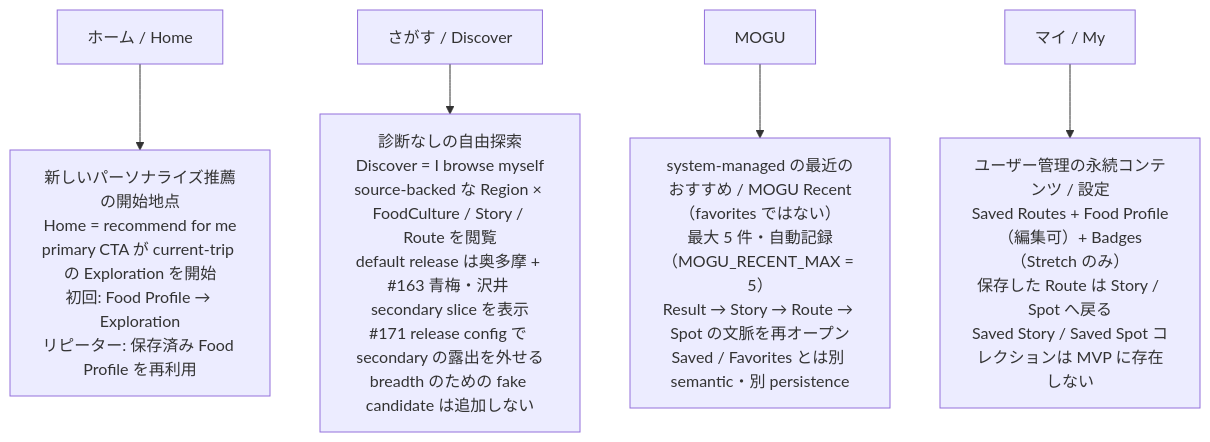
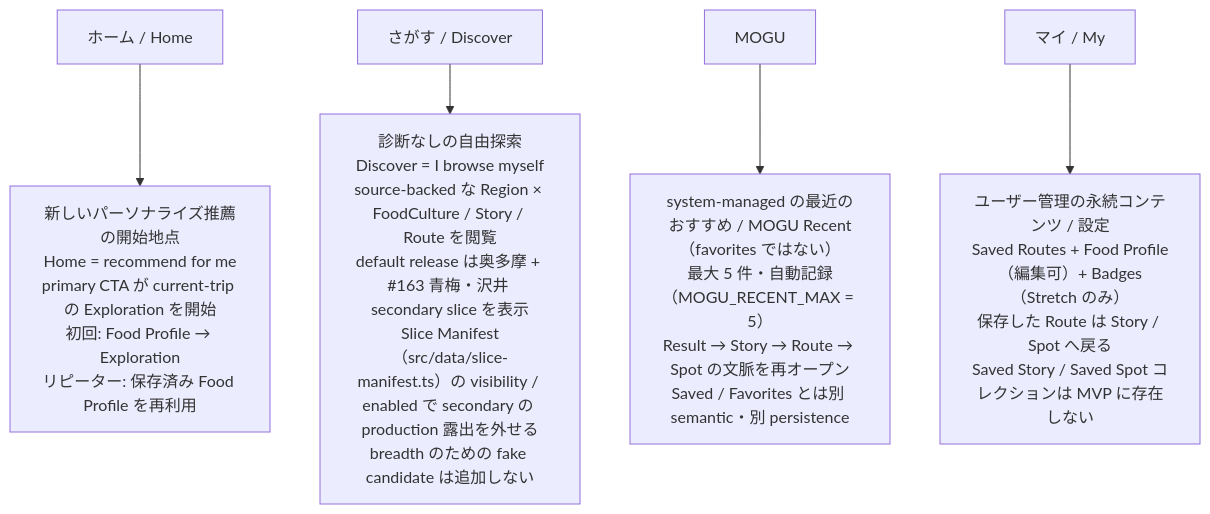
The first of 3 diagrams in docs/diagrams/app-ia.md (nurockplayer/tokyo-mogu-mogu), drawn with Mermaid before and after one commit. The commit also changed 3 other files, not shown here.

First line of the commit message:
docs(diagrams): address review findings for Issue #197

````diff
--- a/docs/diagrams/app-ia.md
+++ b/docs/diagrams/app-ia.md
@@ -24,12 +24,12 @@
 ```mermaid
 flowchart TB
     HOME["ホーム / Home"]
     DISCOVER["さがす / Discover"]
     MOGU["MOGU"]
     MY["マイ / My"]
 
     HOME --> H["新しいパーソナライズ推薦の開始地点<br/>Home = recommend for me<br/>primary CTA が current-trip の Exploration を開始<br/>初回: Food Profile → Exploration<br/>リピーター: 保存済み Food Profile を再利用"]
-    DISCOVER --> D["診断なしの自由探索<br/>Discover = I browse myself<br/>source-backed な Region × FoodCulture / Story / Route を閲覧<br/>default release は奥多摩 + #163 青梅・沢井 secondary slice を表示<br/>#171 release config で secondary の露出を外せる<br/>breadth のための fake candidate は追加しない"]
+    DISCOVER --> D["診断なしの自由探索<br/>Discover = I browse myself<br/>source-backed な Region × FoodCulture / Story / Route を閲覧<br/>default release は奥多摩 + #163 青梅・沢井 secondary slice を表示<br/>Slice Manifest（src/data/slice-manifest.ts）の visibility / enabled で secondary の production 露出を外せる<br/>breadth のための fake candidate は追加しない"]
     MOGU --> M["system-managed の最近のおすすめ / MOGU Recent（favorites ではない）<br/>最大 5 件・自動記録（MOGU_RECENT_MAX = 5）<br/>Result → Story → Route → Spot の文脈を再オープン<br/>Saved / Favorites とは別 semantic・別 persistence"]
     MY --> Y["ユーザー管理の永続コンテンツ / 設定<br/>Saved Routes + Food Profile（編集可）+ Badges（Stretch のみ）<br/>保存した Route は Story / Spot へ戻る<br/>Saved Story / Saved Spot コレクションは MVP に存在しない"]
 ```
````
